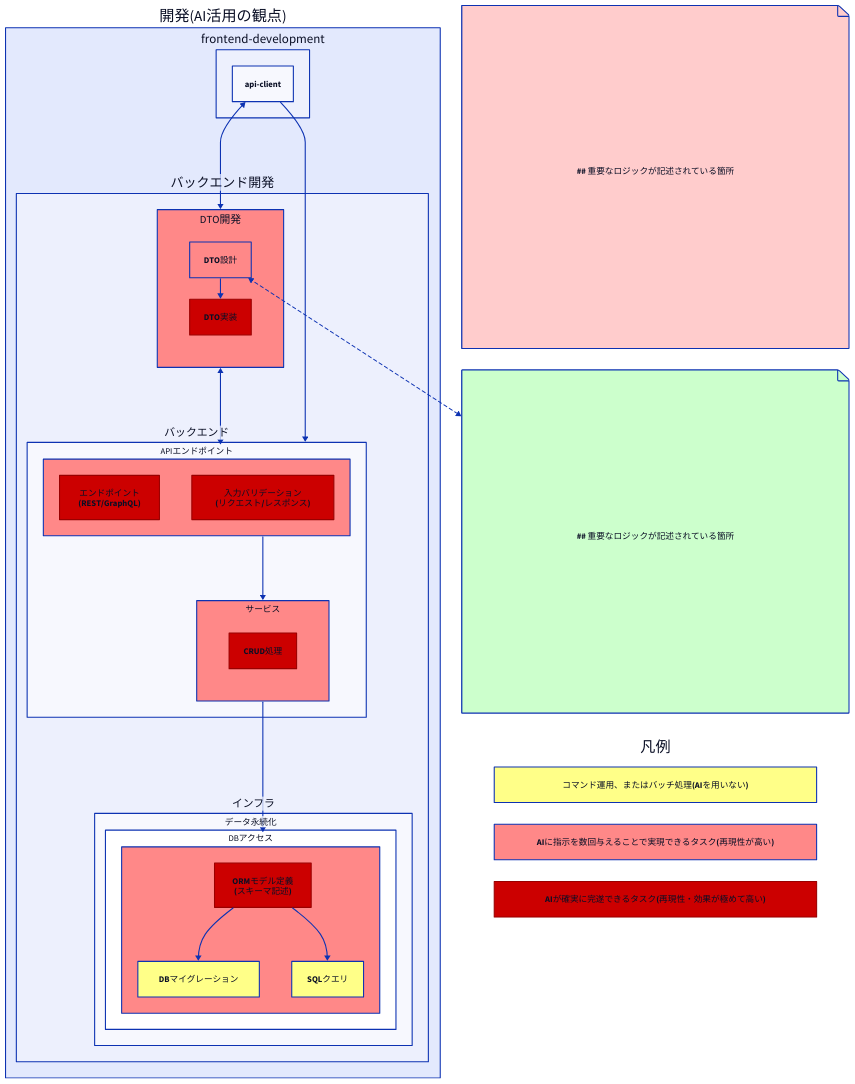
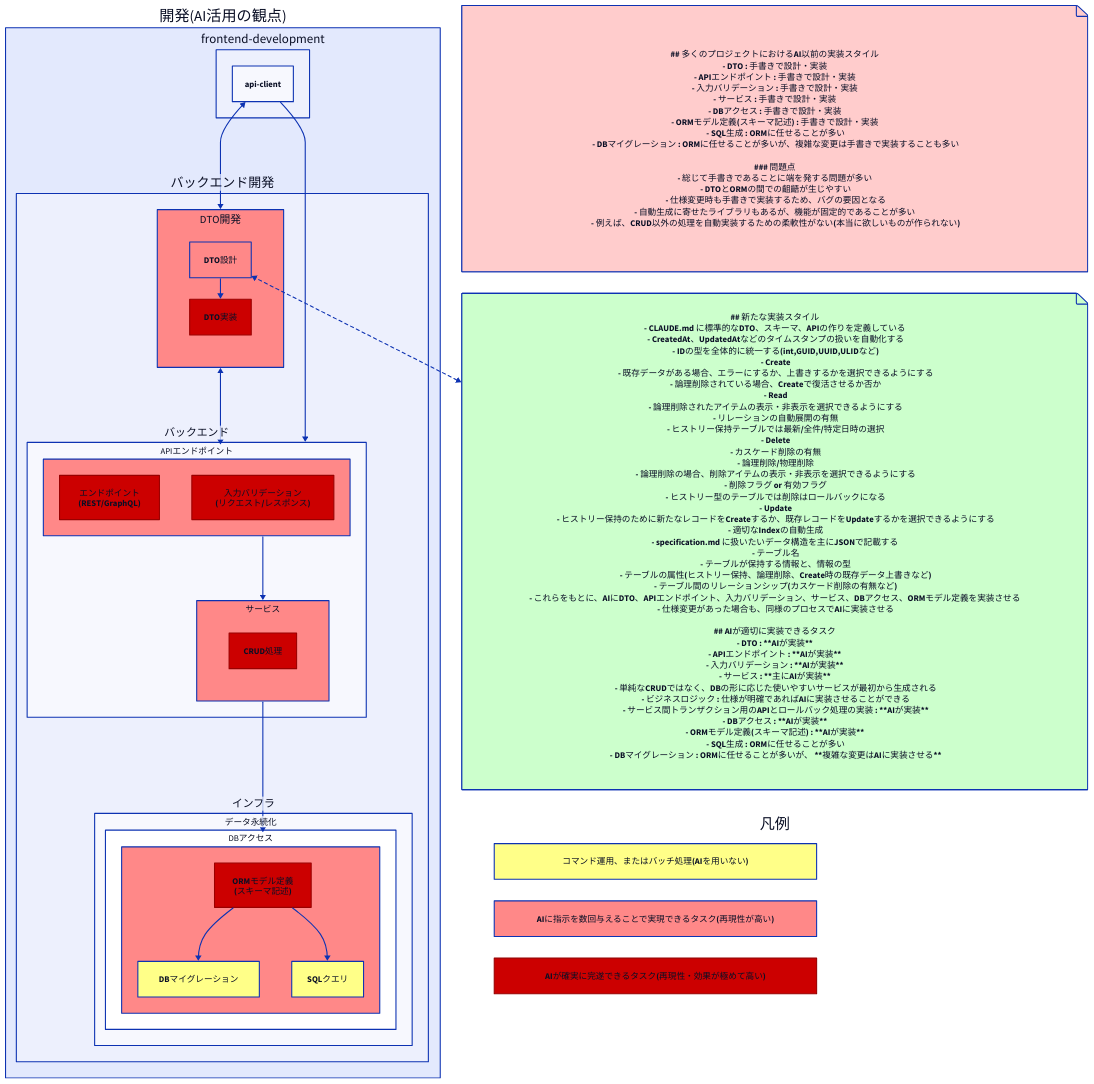
One commit to nenaaki/ai-effective-project changed the diagram in docs/problem-01/problem-01.d2. Above: the diagram before and after it, drawn with D2. The commit also changed 1 other file, not shown here.

```diff
--- a/docs/problem-01/problem-01.d2
+++ b/docs/problem-01/problem-01.d2
@@ -1,132 +1,185 @@
 classes: {
   command: {
     style: {
       fill: "#ffff88"
     }
   }
   ai-effective-weak: {
     style: {
       fill: "#ffcccc"
     }
   }
   ai-effective: {
     style: {
       fill: "#ff8888"
     }
   }
   ai-effective-strong: {
     style: {
       fill: "#cc0000"
       stroke: "#990000"
       stroke-width: 2
     }
   }
 }
 
 grid-columns: 2
 development {
   label: "開発(AI活用の観点)"
 
   # バックエンド開発
   backend-development {
     label: "バックエンド開発"
 
     dto-development {
       label: "DTO開発"
       class: ai-effective
       grid-columns: 1
       dto-design: "DTO設計" { class: ai-effective }
       dto-implementation: "DTO実装" { class: ai-effective-strong }
 
       dto-design -> dto-implementation
     }
 
     backend {
       label: "バックエンド"
       
       api {
         label: "APIエンドポイント"
         class: ai-effective
         endpoints: "エンドポイント\n(REST/GraphQL)" { class: ai-effective-strong }
         validation: "入力バリデーション\n(リクエスト/レスポンス)" { class: ai-effective-strong }
       }
       service-definition {
         label: "サービス"
         grid-columns: 3
         class: ai-effective
         crud: "CRUD処理" { class: ai-effective-strong }
       }
 
       # 同階層の接続
       api -> service-definition
     }
     
     infrastructure {
       label: "インフラ"
 
       # 永続化グループ（DBアクセス関連）
       persistence {
         label: "データ永続化"
         db-access: {
           class: ai-effective
           label: "DBアクセス"
           orm: "ORMモデル定義\n(スキーマ記述)" { class: ai-effective-strong }
           db-migration: "DBマイグレーション" { class: command }
           sql-query: "SQLクエリ" { class: command }
           orm -> sql-query
           orm -> db-migration
         }
       }
     }
      
     # バックエンド内の依存関係
     backend.service-definition -> infrastructure.persistence.db-access
   }
 
   # developmentの依存関係
   frontend-development.api-client <-> backend-development.dto-development
   backend-development.dto-development <-> backend-development.backend.api
 
   frontend-development.api-client -> backend-development.backend
 }
 
 asis: |md
-## 重要なロジックが記述されている箇所
+## 多くのプロジェクトにおけるAI以前の実装スタイル
+- DTO : 手書きで設計・実装
+- APIエンドポイント : 手書きで設計・実装
+- 入力バリデーション : 手書きで設計・実装
+- サービス : 手書きで設計・実装
+- DBアクセス : 手書きで設計・実装
+- ORMモデル定義(スキーマ記述) : 手書きで設計・実装
+  - SQL生成 : ORMに任せることが多い
+  - DBマイグレーション : ORMに任せることが多いが、複雑な変更は手書きで実装することも多い
 
+### 問題点
+- 総じて手書きであることに端を発する問題が多い
+  - DTOとORMの間での齟齬が生じやすい
+  - 仕様変更時も手書きで実装するため、バグの要因となる
+- 自動生成に寄せたライブラリもあるが、機能が固定的であることが多い
+  - 例えば、CRUD以外の処理を自動実装するための柔軟性がない(本当に欲しいものが作られない)
 |
 
 asis.shape: page
 asis.style: {
   fill: "#ffcccc"
 }
 
 tobe: |md
-## 重要なロジックが記述されている箇所
+## 新たな実装スタイル
+- CLAUDE.md に標準的なDTO、スキーマ、APIの作りを定義している
+  - CreatedAt、UpdatedAtなどのタイムスタンプの扱いを自動化する
+  - IDの型を全体的に統一する(int,GUID,UUID,ULIDなど)
+  - Create
+    - 既存データがある場合、エラーにするか、上書きするかを選択できるようにする
+    - 論理削除されている場合、Createで復活させるか否か
+  - Read
+    - 論理削除されたアイテムの表示・非表示を選択できるようにする
+    - リレーションの自動展開の有無
+    - ヒストリー保持テーブルでは最新/全件/特定日時の選択
+  - Delete
+    - カスケード削除の有無
+    - 論理削除/物理削除
+      - 論理削除の場合、削除アイテムの表示・非表示を選択できるようにする
+    - 削除フラグ or 有効フラグ
+    - ヒストリー型のテーブルでは削除はロールバックになる
+  - Update
+    - ヒストリー保持のために新たなレコードをCreateするか、既存レコードをUpdateするかを選択できるようにする
+  - 適切なIndexの自動生成
+- specification.md に扱いたいデータ構造を主にJSONで記載する
+  - テーブル名
+  - テーブルが保持する情報と、情報の型
+  - テーブルの属性(ヒストリー保持、論理削除、Create時の既存データ上書きなど)
+  - テーブル間のリレーションシップ(カスケード削除の有無など)
+- これらをもとに、AIにDTO、APIエンドポイント、入力バリデーション、サービス、DBアクセス、ORMモデル定義を実装させる
+  - 仕様変更があった場合も、同様のプロセスでAIに実装させる
+
+## AIが適切に実装できるタスク
+- DTO : **AIが実装**
+- APIエンドポイント : **AIが実装**
+- 入力バリデーション : **AIが実装**
+- サービス : **主にAIが実装**
+  - 単純なCRUDではなく、DBの形に応じた使いやすいサービスが最初から生成される
+  - ビジネスロジック : 仕様が明確であればAIに実装させることができる
+  - サービス間トランザクション用のAPIとロールバック処理の実装 : **AIが実装**
+- DBアクセス : **AIが実装**
+- ORMモデル定義(スキーマ記述) : **AIが実装**
+  - SQL生成 : ORMに任せることが多い
+  - DBマイグレーション : ORMに任せることが多いが、 **複雑な変更はAIに実装させる**
 
 |
 
 tobe.shape: page
 tobe.style: {
   fill: "#ccffcc"
 }
 
 
 # 点線でつなぐ（吹き出しの引き出し線風）
 development.backend-development.dto-development.dto-design <-> tobe: {
   style: {
     stroke-dash: 3
   }
 }
 
 "凡例": {
   label: "凡例"
   style: {
     fill: "#ffffff"
     stroke: "#000000"
     stroke-width: 0
   }
   grid-rows: 4
     command: "コマンド運用、またはバッチ処理(AIを用いない)" { class: command }
     ai-effective: "AIに指示を数回与えることで実現できるタスク(再現性が高い)" { class: ai-effective }
     ai-effective-strong: "AIが確実に完遂できるタスク(再現性・効果が極めて高い)" { class: ai-effective-strong }
 }
```
